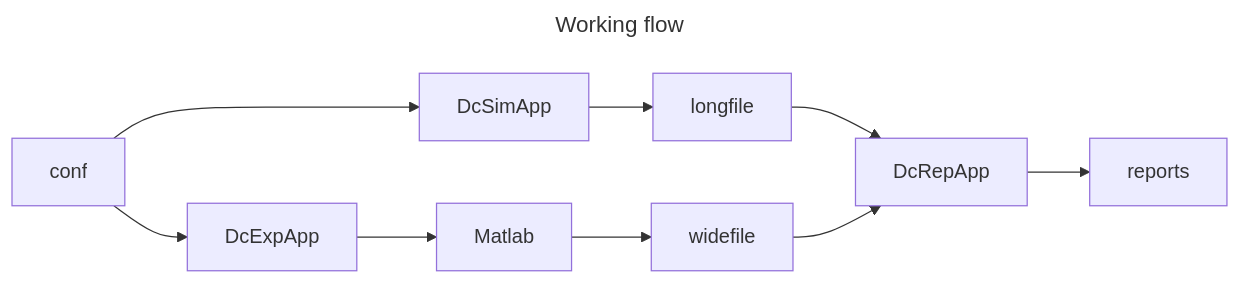
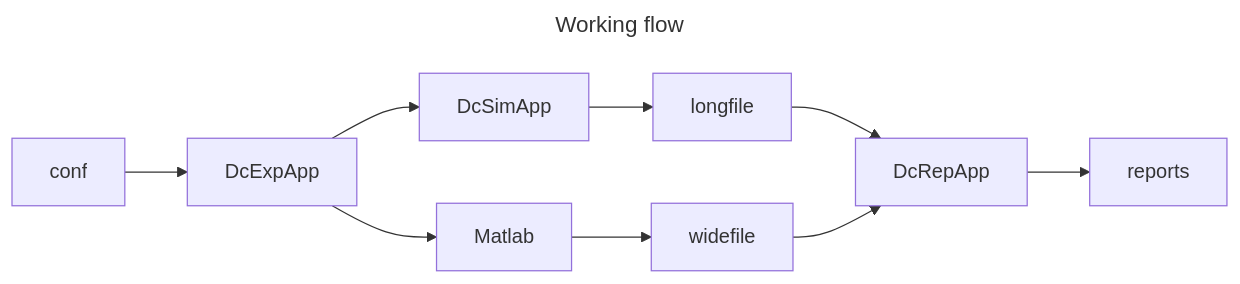
Before and after one commit to mariolagos/dc-simulator: the first of 2 diagrams in doc/A_user/USER_GUIDE.md, drawn with Mermaid. The commit also changed other lines of this file and 41 other files, not shown here.

````diff
--- a/doc/A_user/USER_GUIDE.md
+++ b/doc/A_user/USER_GUIDE.md
@@ -404,23 +409,23 @@
 ```mermaid 
 ---
 title: Working flow
 ---
 flowchart LR
   DcSimApp
   DcExpApp
   Matlab
   DcRepApp
   conf
   longfile
   widefile
   DcRepApp
   reports
-  conf --> DcSimApp
+  DcExpApp --> DcSimApp
   conf --> DcExpApp
   DcSimApp --> longfile
   longfile --> DcRepApp
   DcRepApp --> reports
   DcExpApp --> Matlab
   Matlab --> widefile
   widefile --> DcRepApp
 ```
````
